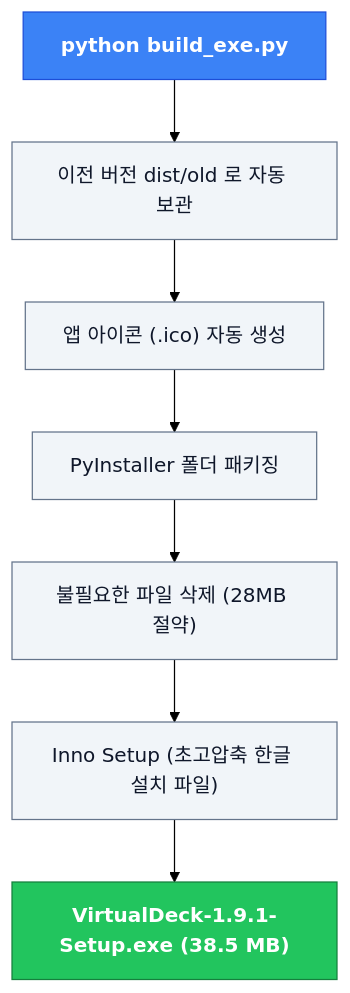
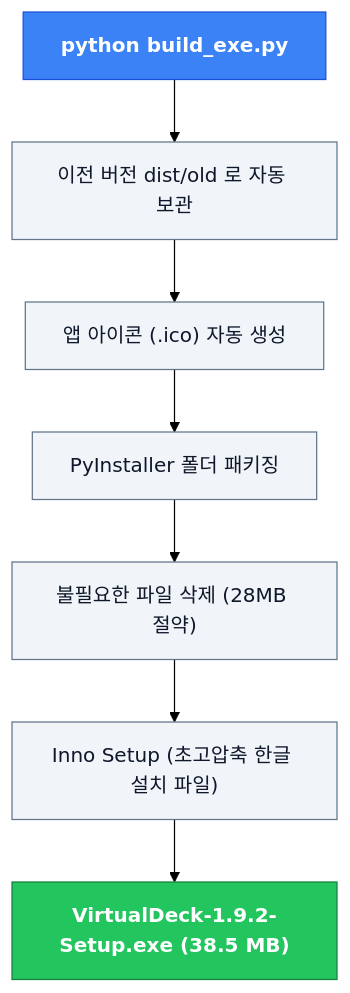
The seventh of 7 diagrams in README.md (sh11025/Virtual_Deck), drawn with Mermaid (forest theme) before and after one commit. The commit also changed other lines of this file and 22 other files, not shown here.

````diff
--- a/README.md
+++ b/README.md
@@ -343,13 +343,13 @@
 ```mermaid
 flowchart TD
     classDef head fill:#3b82f6,stroke:#1d4ed8,color:#ffffff,font-weight:bold;
     classDef box fill:#f1f5f9,stroke:#64748b,color:#0f172a;
     classDef done fill:#22c55e,stroke:#15803d,color:#ffffff,font-weight:bold;
 
     A["python build_exe.py"]:::head --> B["이전 버전 dist/old 로 자동 보관"]:::box
     B --> C["앱 아이콘 (.ico) 자동 생성"]:::box
     C --> D["PyInstaller 폴더 패키징"]:::box
     D --> E["불필요한 파일 삭제 (28MB 절약)"]:::box
     E --> F["Inno Setup (초고압축 한글 설치 파일)"]:::box
-    F --> G["VirtualDeck-1.9.1-Setup.exe (38.5 MB)"]:::done
+    F --> G["VirtualDeck-1.9.2-Setup.exe (38.5 MB)"]:::done
 ```
````
